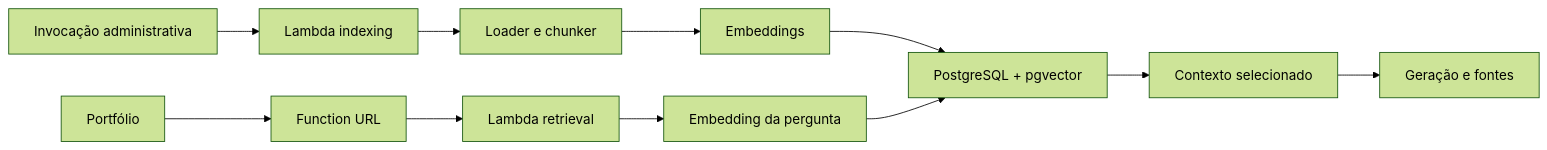
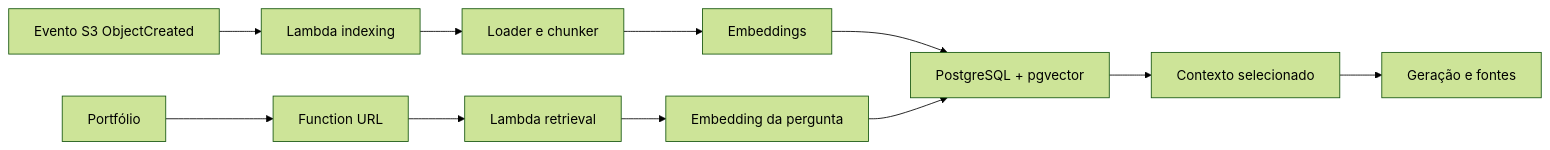
One commit to joaosalesdev/portfolio-ai-assistant changed the diagram in docs/diagrams/pipelines.md. Above: the diagram before and after it, drawn with Mermaid (forest theme). The commit also changed 23 other files, not shown here.

````diff
--- a/docs/diagrams/pipelines.md
+++ b/docs/diagrams/pipelines.md
@@ -5,13 +5,13 @@
 ```mermaid
 flowchart LR
-    A[Invocação administrativa] --> B[Lambda indexing]
+    A[Evento S3 ObjectCreated] --> B[Lambda indexing]
     B --> C[Loader e chunker]
     C --> D[Embeddings]
     D --> E[PostgreSQL + pgvector]
     F[Portfólio] --> G[Function URL]
     G --> H[Lambda retrieval]
     H --> I[Embedding da pergunta]
     I --> E
     E --> J[Contexto selecionado]
     J --> K[Geração e fontes]
 ```
````
